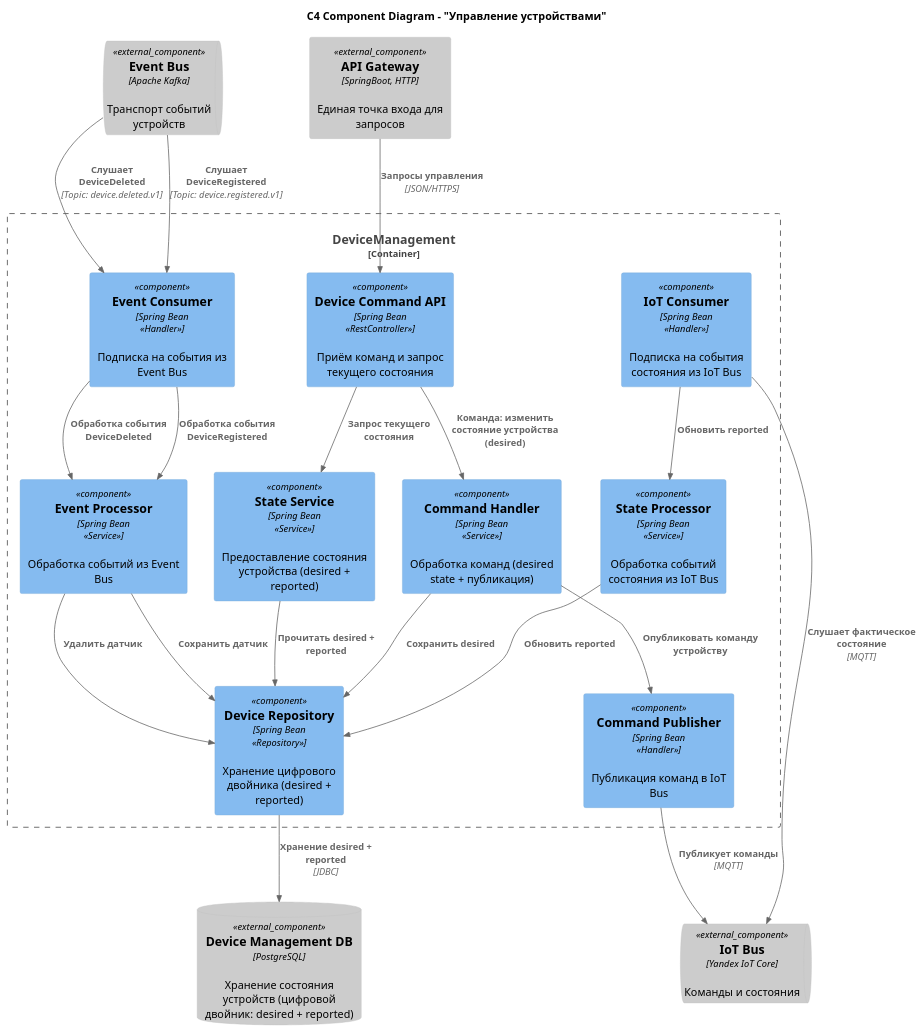
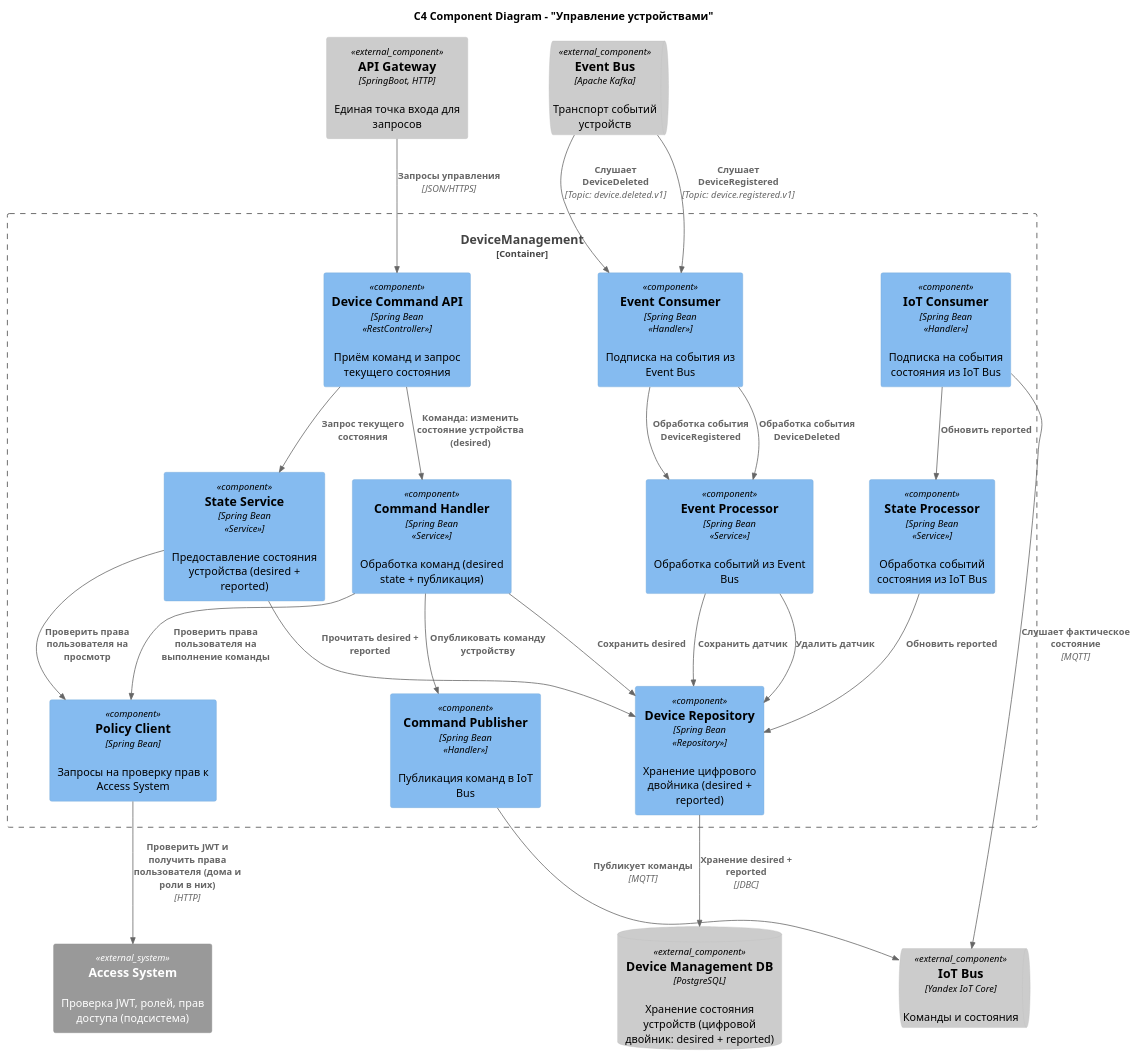
Before and after one commit to aymanstepanova/architecture-pro-warmhouse: the diagram in schemas/c4-components/component_device_management_c4.puml, drawn with PlantUML. The commit also changed 7 other files, not shown here.

```diff
--- a/schemas/c4-components/component_device_management_c4.puml
+++ b/schemas/c4-components/component_device_management_c4.puml
@@ -1,55 +1,60 @@
 @startuml
 !include ../styles/C4_Component.puml
 
 title C4 Component Diagram - "Управление устройствами"
 
 Component_Ext(apiGw, "API Gateway", "SpringBoot, HTTP", "Единая точка входа для запросов")
+System_Ext(access, "Access System", "Проверка JWT, ролей, прав доступа (подсистема)")
 
 Container_Boundary(device_man, "DeviceManagement") {
     Component(api, "Device Command API", "Spring Bean\n<<RestController>>", "Приём команд и запрос текущего состояния")
     Component(commandHandler, "Command Handler", "Spring Bean\n<<Service>>", "Обработка команд (desired state + публикация)")
     Component(stateService, "State Service", "Spring Bean\n<<Service>>", "Предоставление состояния устройства (desired + reported)")
 
     Component(producer, "Command Publisher", "Spring Bean\n<<Handler>>", "Публикация команд в IoT Bus")
     Component(consumer, "IoT Consumer", "Spring Bean\n<<Handler>>", "Подписка на события состояния из IoT Bus")
     Component(stateProcessor, "State Processor", "Spring Bean\n<<Service>>", "Обработка событий состояния из IoT Bus")
 
     Component(eventConsumer, "Event Consumer", "Spring Bean\n<<Handler>>", "Подписка на события из Event Bus")
     Component(eventProcessor, "Event Processor", "Spring Bean\n<<Service>>", "Обработка событий из Event Bus")
+    Component(policyClient, "Policy Client", "Spring Bean", "Запросы на проверку прав к Access System")
 
     Component(repository, "Device Repository", "Spring Bean\n<<Repository>>", "Хранение цифрового двойника (desired + reported)")
 }
 
 ComponentDb_Ext(deviceManDB, "Device Management DB", "PostgreSQL",  "Хранение состояния устройств (цифровой двойник: desired + reported)")
 ComponentQueue_Ext(IoT_bus, "IoT Bus", "Yandex IoT Core",  "Команды и состояния")
 ComponentQueue_Ext(kafka, "Event Bus", "Apache Kafka", "Транспорт событий устройств")
 
 ' Вход через API Gateway
 Rel(apiGw, api, "Запросы управления", "JSON/HTTPS")
 
 ' Регистрация/Удаление устройства (Event Bus -> DeviceManagement)
 Rel(kafka, eventConsumer, "Слушает\nDeviceRegistered", "Topic: device.registered.v1")
 Rel(kafka, eventConsumer, "Слушает\nDeviceDeleted", "Topic: device.deleted.v1")
 Rel(eventConsumer, eventProcessor, "Обработка события DeviceRegistered")
 Rel(eventConsumer, eventProcessor, "Обработка события DeviceDeleted")
 Rel(eventProcessor, repository, "Сохранить датчик")
 Rel(eventProcessor, repository, "Удалить датчик")
 
 ' Потоки команд (API -> desired -> IoT Bus)
 Rel(api, commandHandler, "Команда: изменить состояние устройства (desired)")
+Rel(commandHandler, policyClient, "Проверить права пользователя на выполнение команды")
+Rel(policyClient, access, "Проверить JWT и получить права пользователя (дома и роли в них)", "HTTP")
 Rel(commandHandler, repository, "Сохранить desired")
 Rel(commandHandler, producer, "Опубликовать команду устройству")
 Rel(producer, IoT_bus, "Публикует команды", "MQTT")
 
 ' Фактическое состояние (IoT Bus -> reported -> DB)
 Rel_R(consumer, IoT_bus, "Слушает фактическое состояние", "MQTT")
 Rel(consumer, stateProcessor, "Обновить reported")
 Rel(stateProcessor, repository, "Обновить reported")
 Rel(repository, deviceManDB, "Хранение desired + reported", "JDBC")
 
 ' Чтение текущего состояния через API
 Rel(api, stateService, "Запрос текущего состояния")
 Rel(stateService, repository, "Прочитать desired + reported")
+Rel(stateService, policyClient, "Проверить права пользователя на просмотр")
 
 
 @enduml
```
